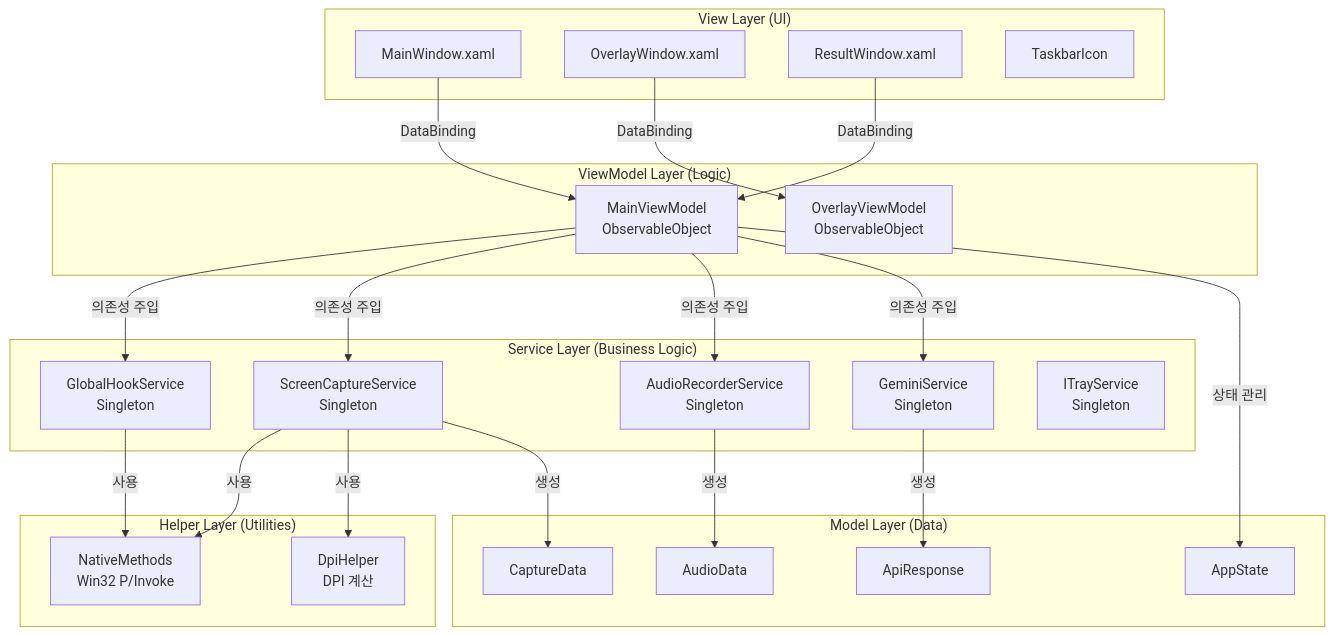
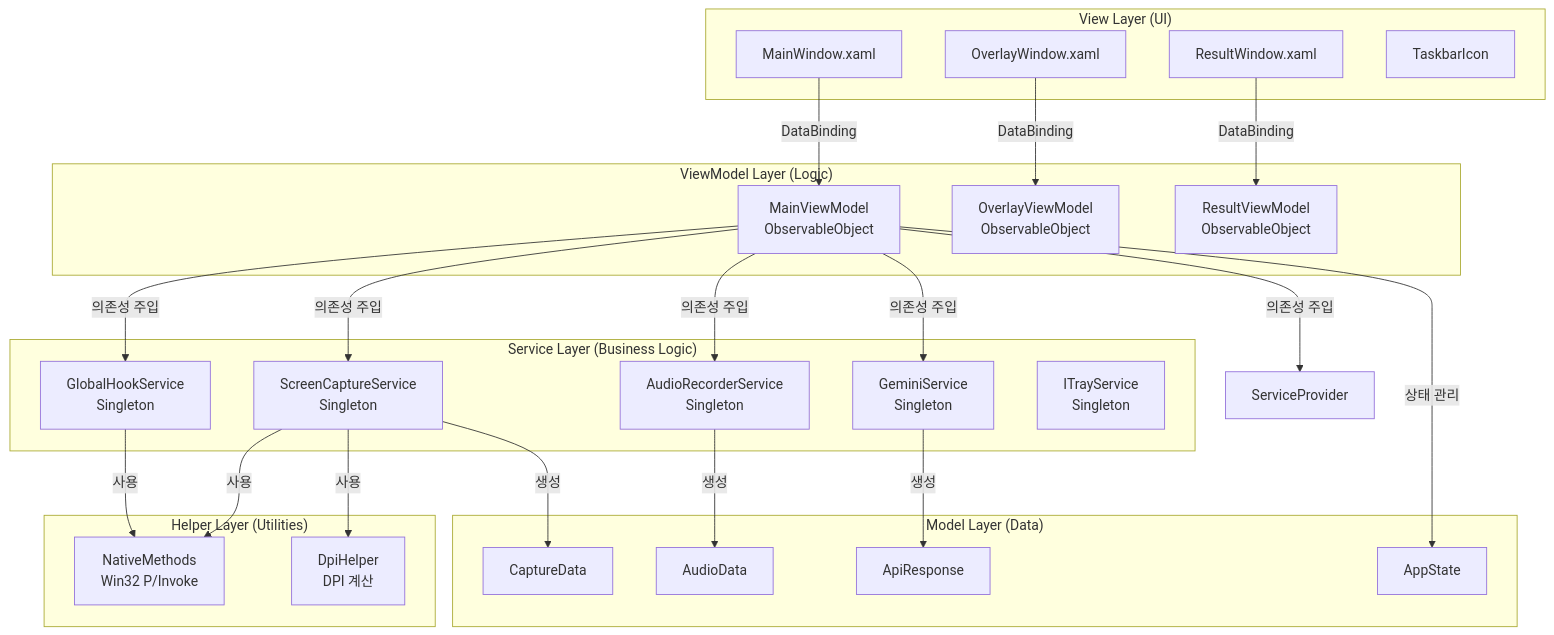
The third of 4 diagrams in md/Architecture.md (dreamwars99/AI_mouse), drawn with Mermaid before and after one commit. The commit also changed other lines of this file and 10 other files, not shown here.

First line of the commit message:
Phase 4.1 완료 - 결과 뷰어(ResultWindow) 및 마크다운 렌더링 구현 (14차)

````diff
--- a/md/Architecture.md
+++ b/md/Architecture.md
@@ -109,52 +110,54 @@
 ```mermaid
 graph TB
     subgraph "View Layer (UI)"
         MainWindow[MainWindow.xaml]
         OverlayWindow[OverlayWindow.xaml]
         ResultWindow[ResultWindow.xaml]
         TrayIcon[TaskbarIcon]
     end
     
     subgraph "ViewModel Layer (Logic)"
         MainVM[MainViewModel<br/>ObservableObject]
         OverlayVM[OverlayViewModel<br/>ObservableObject]
+        ResultVM[ResultViewModel<br/>ObservableObject]
     end
     
     subgraph "Service Layer (Business Logic)"
         HookService[GlobalHookService<br/>Singleton]
         CaptureService[ScreenCaptureService<br/>Singleton]
         AudioService[AudioRecorderService<br/>Singleton]
         GeminiService[GeminiService<br/>Singleton]
         TrayService[ITrayService<br/>Singleton]
     end
     
     subgraph "Model Layer (Data)"
         AppState[AppState]
         CaptureData[CaptureData]
         AudioData[AudioData]
         ApiResponse[ApiResponse]
     end
     
     subgraph "Helper Layer (Utilities)"
         NativeMethods[NativeMethods<br/>Win32 P/Invoke]
         DpiHelper[DpiHelper<br/>DPI 계산]
     end
     
     MainWindow -->|DataBinding| MainVM
     OverlayWindow -->|DataBinding| OverlayVM
-    ResultWindow -->|DataBinding| MainVM
+    ResultWindow -->|DataBinding| ResultVM
     
     MainVM -->|의존성 주입| HookService
     MainVM -->|의존성 주입| CaptureService
     MainVM -->|의존성 주입| AudioService
     MainVM -->|의존성 주입| GeminiService
+    MainVM -->|의존성 주입| ServiceProvider
     
     HookService -->|사용| NativeMethods
     CaptureService -->|사용| NativeMethods
     CaptureService -->|사용| DpiHelper
     
     MainVM -->|상태 관리| AppState
     CaptureService -->|생성| CaptureData
     AudioService -->|생성| AudioData
     GeminiService -->|생성| ApiResponse
 ```
````
